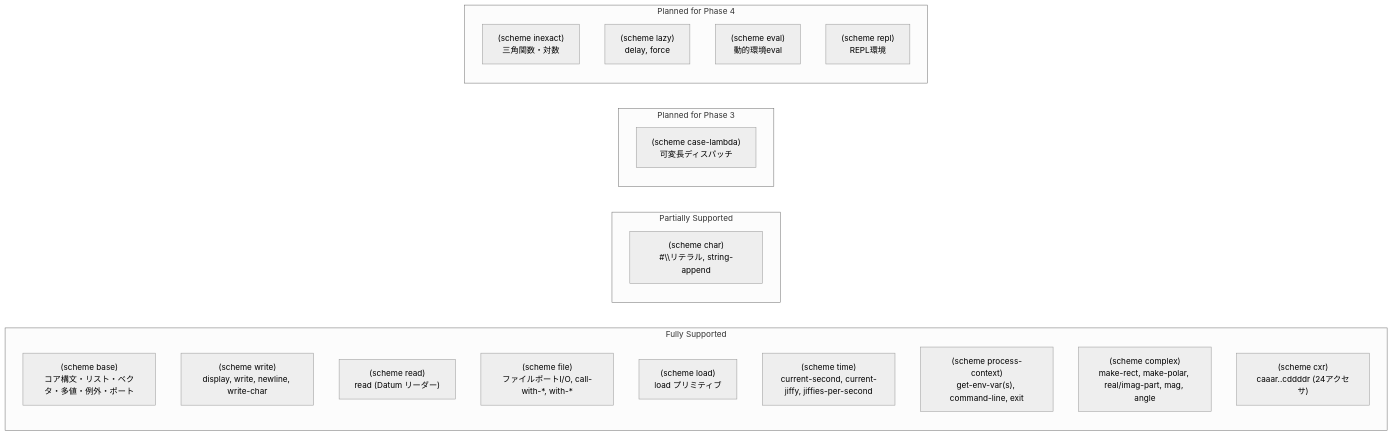
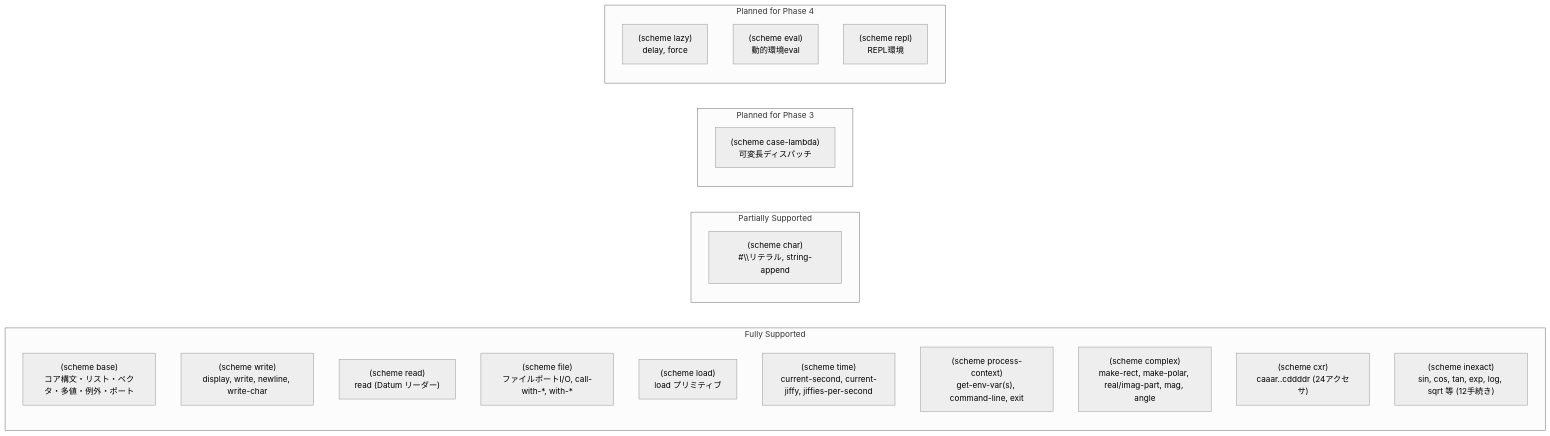
Before and after one commit to rokujyouhitoma/arxiv-security-papers: the second of 3 diagrams in ilisp/docs/SPEC_R7RS.md, drawn with Mermaid (neutral theme). The commit also changed other lines of this file and 8 other files, not shown here.

Commit message:
feat(ilisp): implement R7RS transcendental math and (scheme inexact) (Issue #472)

````diff
--- a/ilisp/docs/SPEC_R7RS.md
+++ b/ilisp/docs/SPEC_R7RS.md
@@ -337,26 +340,26 @@
 ```mermaid
 graph LR
     subgraph Fully Supported
         SB["(scheme base)<br>コア構文・リスト・ベクタ・多値・例外・ポート"]
         SW["(scheme write)<br>display, write, newline, write-char"]
         SR["(scheme read)<br>read (Datum リーダー)"]
         SF["(scheme file)<br>ファイルポートI/O, call-with-*, with-*"]
         SL["(scheme load)<br>load プリミティブ"]
         ST["(scheme time)<br>current-second, current-jiffy, jiffies-per-second"]
         SPC["(scheme process-context)<br>get-env-var(s), command-line, exit"]
         SCOM["(scheme complex)<br>make-rect, make-polar, real/imag-part, mag, angle"]
         SCXR["(scheme cxr)<br>caaar..cddddr (24アクセサ)"]
+        SI["(scheme inexact)<br>sin, cos, tan, exp, log, sqrt 等 (12手続き)"]
     end
     subgraph Partially Supported
         SC["(scheme char)<br>#\\リテラル, string-append"]
     end
     subgraph Planned for Phase 3
         SCASE["(scheme case-lambda)<br>可変長ディスパッチ"]
     end
     subgraph Planned for Phase 4
-        SI["(scheme inexact)<br>三角関数・対数"]
         SLAZY["(scheme lazy)<br>delay, force"]
         SEVAL["(scheme eval)<br>動的環境eval"]
         SREPL["(scheme repl)<br>REPL環境"]
     end
 ```
````
